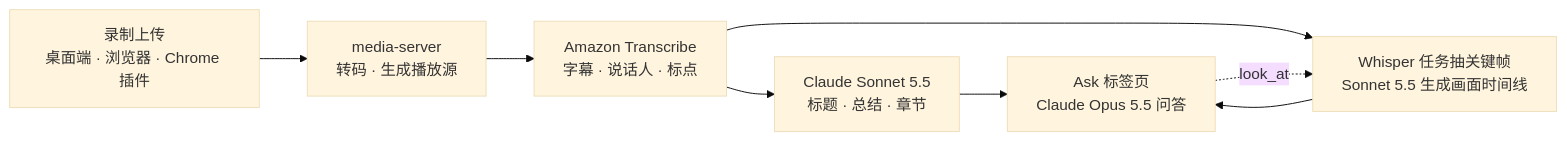
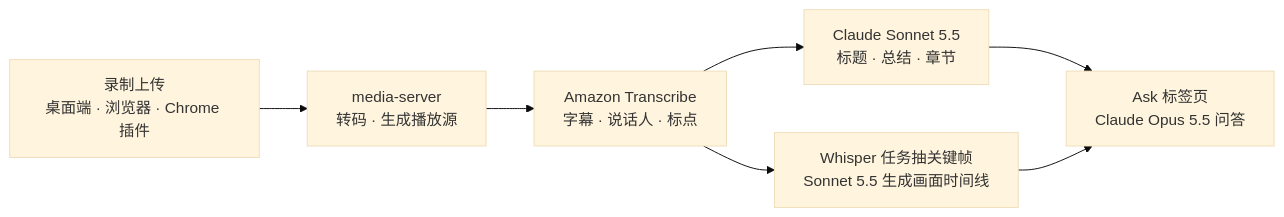
One commit to IanLiYi1996/cap-selfhost changed the diagram in README.md. Above: the diagram before and after it, drawn with Mermaid (base theme). The commit also changed other lines of this file, not shown here.

Commit message:
Keep the README flow one-directional so GitHub lays it out cleanly

````diff
--- a/README.md
+++ b/README.md
@@ -41,10 +41,9 @@
 ```mermaid
 flowchart LR
     A["录制上传<br/>桌面端 · 浏览器 · Chrome 插件"] --> B["media-server<br/>转码 · 生成播放源"]
     B --> C["Amazon Transcribe<br/>字幕 · 说话人 · 标点"]
     C --> D["Claude Sonnet 5.5<br/>标题 · 总结 · 章节"]
     C --> E["Whisper 任务抽关键帧<br/>Sonnet 5.5 生成画面时间线"]
     D --> F["Ask 标签页<br/>Claude Opus 5.5 问答"]
     E --> F
-    F -. "look_at" .-> E
 ```
````
